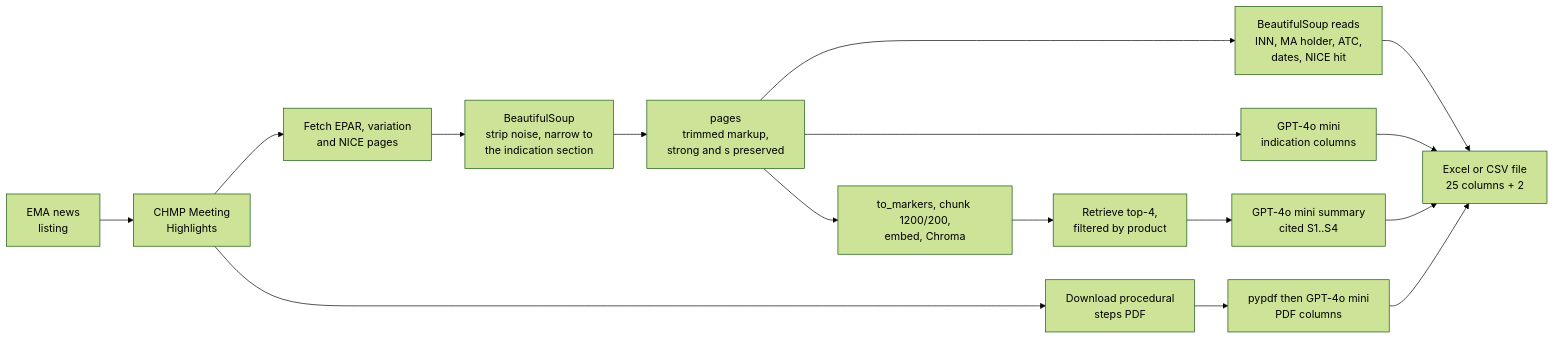
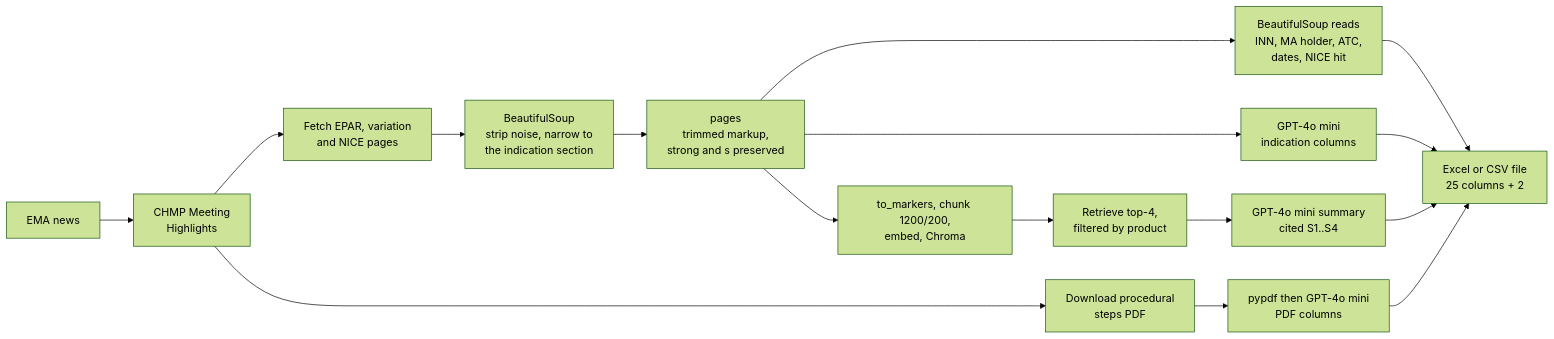
Before and after one commit to yumi-h-1/Automated-EMA-NICE-Data-Scraping: the diagram in README.md, drawn with Mermaid (forest theme).

````diff
--- a/README.md
+++ b/README.md
@@ -30,22 +30,22 @@
 ```mermaid
 flowchart LR
-    N["EMA news\nlisting"] --> MH["CHMP Meeting\nHighlights"]
+    N["EMA news"] --> MH["CHMP Meeting\nHighlights"]
     MH --> FET["Fetch EPAR, variation\nand NICE pages"]
     MH --> PDF["Download procedural\nsteps PDF"]
 
     FET --> TRIM["BeautifulSoup\nstrip noise, narrow to\nthe indication section"]
     TRIM --> PG["pages\ntrimmed markup,\nstrong and s preserved"]
 
     PG --> BS["BeautifulSoup reads\nINN, MA holder, ATC,\ndates, NICE hit"]
     PG --> EXT["GPT-4o mini\nindication columns"]
     PG --> IDX["to_markers, chunk 1200/200,\nembed, Chroma"]
     PDF --> PEX["pypdf then GPT-4o mini\nPDF columns"]
 
     IDX --> RET["Retrieve top-4,\nfiltered by product"]
     RET --> SUM["GPT-4o mini summary\ncited S1..S4"]
 
     BS --> OUT["Excel or CSV file\n25 columns + 2"]
     EXT --> OUT
     PEX --> OUT
     SUM --> OUT
 ```
````
